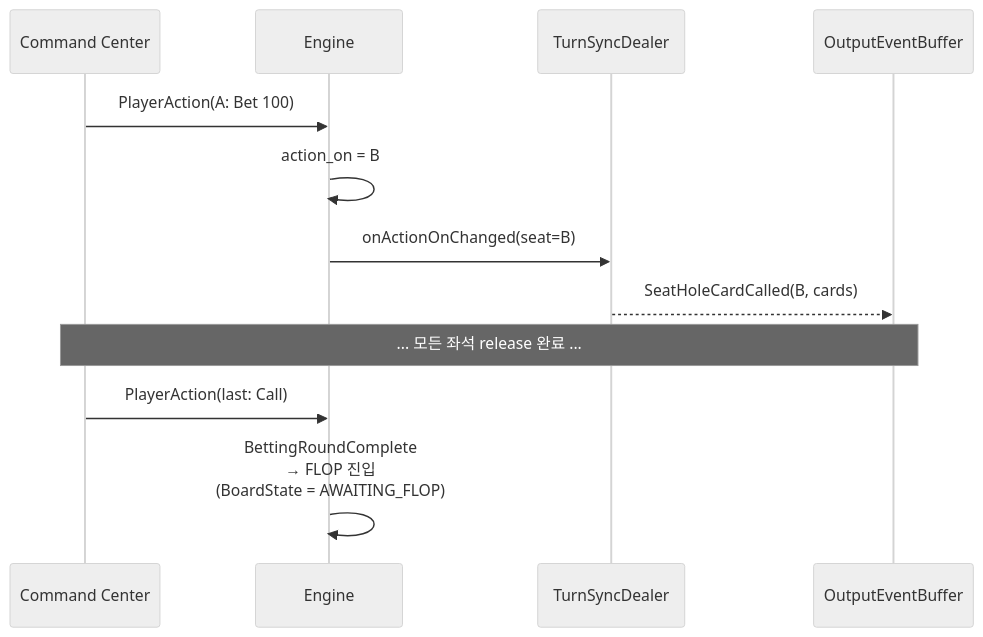
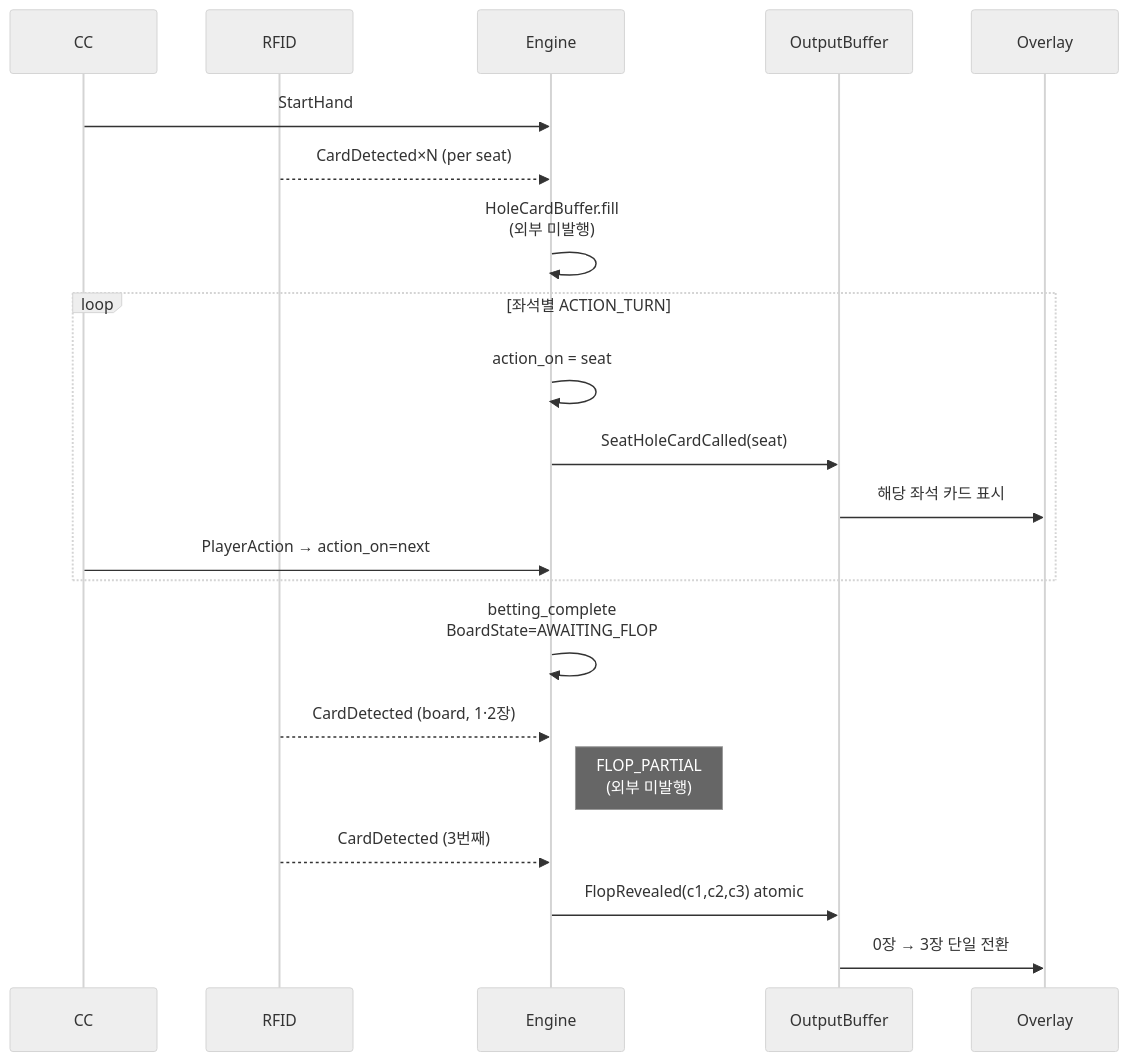
The diagram in docs/2. Development/2.3 Game Engine/Behavioral_Specs/Card_Pipeline_Overview.md (garimto81/ebs_github), drawn with Mermaid (neutral theme) before and after one commit. The commit also changed other lines of this file, not shown here.

First line of the commit message:
docs(team3): BS-06-12 Card Pipeline 80% 압축 — verbose narrative → Trigger Matrix quickref (#5)

````diff
--- a/docs/2. Development/2.3 Game Engine/Behavioral_Specs/Card_Pipeline_Overview.md
+++ b/docs/2. Development/2.3 Game Engine/Behavioral_Specs/Card_Pipeline_Overview.md
@@ -394,15 +28,27 @@
 ```mermaid
 sequenceDiagram
-    participant CC as Command Center
+    participant CC
+    participant RFID
     participant ENG as Engine
-    participant TSD as TurnSyncDealer
-    participant OUT as OutputEventBuffer
+    participant OUT as OutputBuffer
+    participant OVL as Overlay
 
-    CC->>ENG: PlayerAction(A: Bet 100)
-    ENG->>ENG: action_on = B
-    ENG->>TSD: onActionOnChanged(seat=B)
-    TSD-->>OUT: SeatHoleCardCalled(B, cards)
-    Note over CC,OUT: ... 모든 좌석 release 완료 ...
-    CC->>ENG: PlayerAction(last: Call)
-    ENG->>ENG: BettingRoundComplete<br/>→ FLOP 진입<br/>(BoardState = AWAITING_FLOP)
+    CC->>ENG: StartHand
+    RFID-->>ENG: CardDetected×N (per seat)
+    ENG->>ENG: HoleCardBuffer.fill<br/>(외부 미발행)
+
+    loop 좌석별 ACTION_TURN
+        ENG->>ENG: action_on = seat
+        ENG->>OUT: SeatHoleCardCalled(seat)
+        OUT->>OVL: 해당 좌석 카드 표시
+        CC->>ENG: PlayerAction → action_on=next
+    end
+
+    ENG->>ENG: betting_complete<br/>BoardState=AWAITING_FLOP
+
+    RFID-->>ENG: CardDetected (board, 1·2장)
+    Note right of ENG: FLOP_PARTIAL<br/>(외부 미발행)
+    RFID-->>ENG: CardDetected (3번째)
+    ENG->>OUT: FlopRevealed(c1,c2,c3) atomic
+    OUT->>OVL: 0장 → 3장 단일 전환
 ```
````
